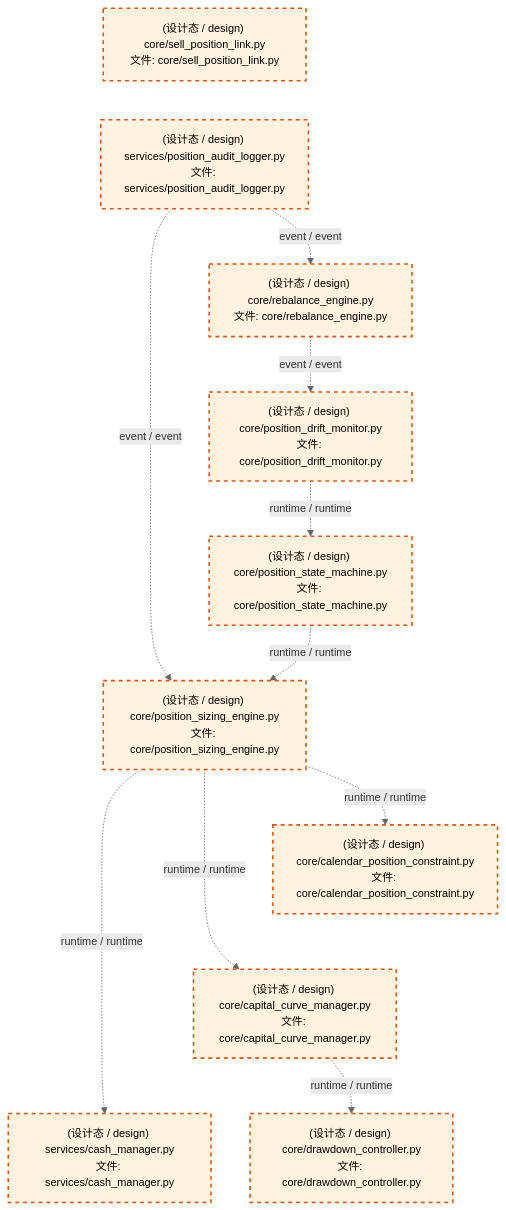
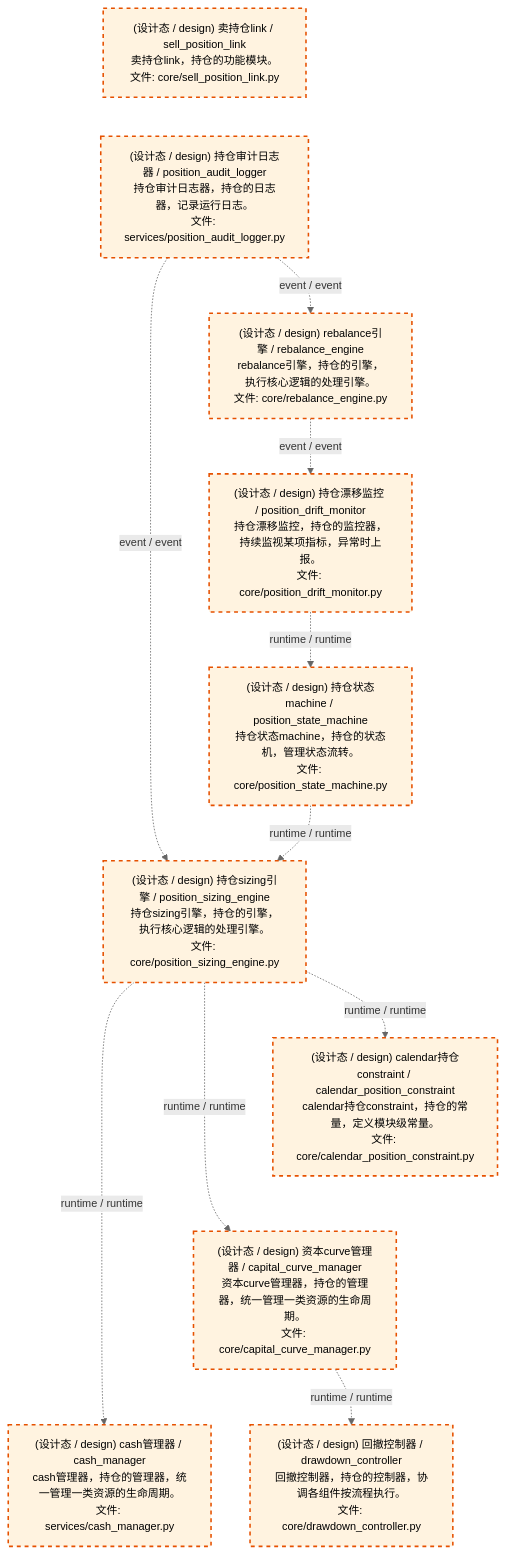
Before and after one commit to xuanFelixVan/ZephyrAlpha: the third of 4 diagrams in docs/02_enterprise_architecture/02_domain_architecture_docs/64_d_position.md, drawn with Mermaid. The commit also changed other lines of this file and 60 other files, not shown here.

````diff
--- a/docs/02_enterprise_architecture/02_domain_architecture_docs/64_d_position.md
+++ b/docs/02_enterprise_architecture/02_domain_architecture_docs/64_d_position.md
@@ -116,31 +116,31 @@
 ```mermaid
 %%{init: {'theme': 'base', 'themeVariables': {'primaryColor': '#eaeaea', 'primaryTextColor': '#333333', 'primaryBorderColor': '#666666', 'lineColor': '#666666', 'secondaryColor': '#eaeaea', 'tertiaryColor': '#eaeaea', 'fontSize': '14px'}}}%%
 flowchart TD
-    src_zephyr_position_core_sell_position_link_py["(设计态 / design) core/sell_position_link.py<br/>文件: core/sell_position_link.py"]
-    src_zephyr_position_services_position_audit_logger_py["(设计态 / design) services/position_audit_logger.py<br/>文件: services/position_audit_logger.py"]
+    src_zephyr_position_core_sell_position_link_py["(设计态 / design) 卖持仓link / sell_position_link<br/>卖持仓link，持仓的功能模块。<br/>文件: core/sell_position_link.py"]
+    src_zephyr_position_services_position_audit_logger_py["(设计态 / design) 持仓审计日志器 / position_audit_logger<br/>持仓审计日志器，持仓的日志器，记录运行日志。<br/>文件: services/position_audit_logger.py"]
     src_zephyr_position_core_sell_position_link_py ~~~ src_zephyr_position_services_position_audit_logger_py
-    src_zephyr_position_core_rebalance_engine_py["(设计态 / design) core/rebalance_engine.py<br/>文件: core/rebalance_engine.py"]
-    src_zephyr_position_core_position_drift_monitor_py["(设计态 / design) core/position_drift_monitor.py<br/>文件: core/position_drift_monitor.py"]
-    src_zephyr_position_core_position_state_machine_py["(设计态 / design) core/position_state_machine.py<br/>文件: core/position_state_machine.py"]
-    src_zephyr_position_core_position_sizing_engine_py["(设计态 / design) core/position_sizing_engine.py<br/>文件: core/position_sizing_engine.py"]
-    src_zephyr_position_core_calendar_position_constraint_py["(设计态 / design) core/calendar_position_constraint.py<br/>文件: core/calendar_position_constraint.py"]
-    src_zephyr_position_core_capital_curve_manager_py["(设计态 / design) core/capital_curve_manager.py<br/>文件: core/capital_curve_manager.py"]
-    src_zephyr_position_services_cash_manager_py["(设计态 / design) services/cash_manager.py<br/>文件: services/cash_manager.py"]
+    src_zephyr_position_core_rebalance_engine_py["(设计态 / design) rebalance引擎 / rebalance_engine<br/>rebalance引擎，持仓的引擎，执行核心逻辑的处理引擎。<br/>文件: core/rebalance_engine.py"]
+    src_zephyr_position_core_position_drift_monitor_py["(设计态 / design) 持仓漂移监控 / position_drift_monitor<br/>持仓漂移监控，持仓的监控器，持续监视某项指标，异常时上报。<br/>文件: core/position_drift_monitor.py"]
+    src_zephyr_position_core_position_state_machine_py["(设计态 / design) 持仓状态machine / position_state_machine<br/>持仓状态machine，持仓的状态机，管理状态流转。<br/>文件: core/position_state_machine.py"]
+    src_zephyr_position_core_position_sizing_engine_py["(设计态 / design) 持仓sizing引擎 / position_sizing_engine<br/>持仓sizing引擎，持仓的引擎，执行核心逻辑的处理引擎。<br/>文件: core/position_sizing_engine.py"]
+    src_zephyr_position_core_calendar_position_constraint_py["(设计态 / design) calendar持仓constraint / calendar_position_constraint<br/>calendar持仓constraint，持仓的常量，定义模块级常量。<br/>文件: core/calendar_position_constraint.py"]
+    src_zephyr_position_core_capital_curve_manager_py["(设计态 / design) 资本curve管理器 / capital_curve_manager<br/>资本curve管理器，持仓的管理器，统一管理一类资源的生命周期。<br/>文件: core/capital_curve_manager.py"]
+    src_zephyr_position_services_cash_manager_py["(设计态 / design) cash管理器 / cash_manager<br/>cash管理器，持仓的管理器，统一管理一类资源的生命周期。<br/>文件: services/cash_manager.py"]
     src_zephyr_position_core_calendar_position_constraint_py ~~~ src_zephyr_position_core_capital_curve_manager_py
     src_zephyr_position_core_capital_curve_manager_py ~~~ src_zephyr_position_services_cash_manager_py
-    src_zephyr_position_core_drawdown_controller_py["(设计态 / design) core/drawdown_controller.py<br/>文件: core/drawdown_controller.py"]
+    src_zephyr_position_core_drawdown_controller_py["(设计态 / design) 回撤控制器 / drawdown_controller<br/>回撤控制器，持仓的控制器，协调各组件按流程执行。<br/>文件: core/drawdown_controller.py"]
     src_zephyr_position_core_position_sizing_engine_py -.->|runtime / runtime| src_zephyr_position_services_cash_manager_py
     src_zephyr_position_core_position_sizing_engine_py -.->|runtime / runtime| src_zephyr_position_core_capital_curve_manager_py
     src_zephyr_position_core_position_sizing_engine_py -.->|runtime / runtime| src_zephyr_position_core_calendar_position_constraint_py
     src_zephyr_position_core_position_state_machine_py -.->|runtime / runtime| src_zephyr_position_core_position_sizing_engine_py
     src_zephyr_position_core_position_drift_monitor_py -.->|runtime / runtime| src_zephyr_position_core_position_state_machine_py
     src_zephyr_position_core_rebalance_engine_py -.->|event / event| src_zephyr_position_core_position_drift_monitor_py
     src_zephyr_position_core_capital_curve_manager_py -.->|runtime / runtime| src_zephyr_position_core_drawdown_controller_py
     src_zephyr_position_services_position_audit_logger_py -.->|event / event| src_zephyr_position_core_position_sizing_engine_py
     src_zephyr_position_services_position_audit_logger_py -.->|event / event| src_zephyr_position_core_rebalance_engine_py
     classDef production fill:#e1f5fe,stroke:#01579b,stroke-width:2px,color:#000
     classDef design fill:#fff3e0,stroke:#e65100,stroke-width:2px,color:#000,stroke-dasharray: 5 5
     classDef external_prod fill:#e8f4fd,stroke:#0277bd,stroke-width:1px,color:#000
     classDef external_design fill:#fff8e7,stroke:#ef6c00,stroke-width:1px,color:#000,stroke-dasharray: 5 5
     class src_zephyr_position_core_calendar_position_constraint_py,src_zephyr_position_core_capital_curve_manager_py,src_zephyr_position_core_drawdown_controller_py,src_zephyr_position_core_position_drift_monitor_py,src_zephyr_position_core_position_sizing_engine_py,src_zephyr_position_core_position_state_machine_py,src_zephyr_position_core_rebalance_engine_py,src_zephyr_position_core_sell_position_link_py,src_zephyr_position_services_cash_manager_py,src_zephyr_position_services_position_audit_logger_py design
 ```
````
